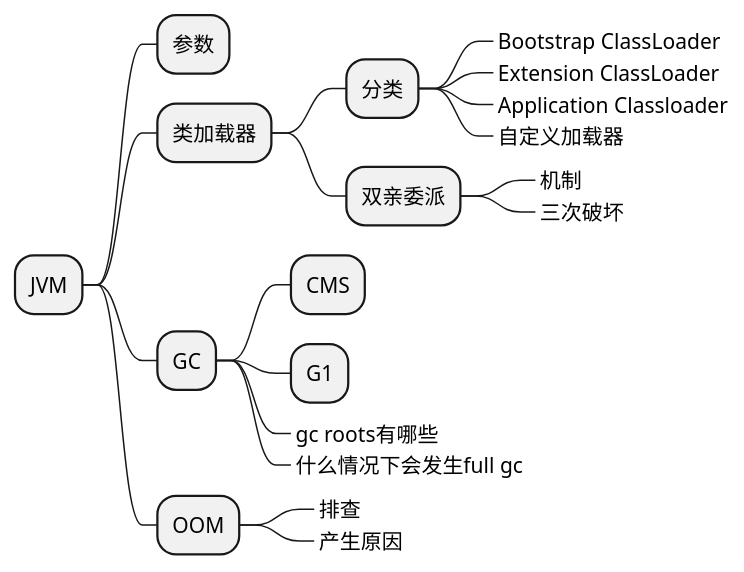
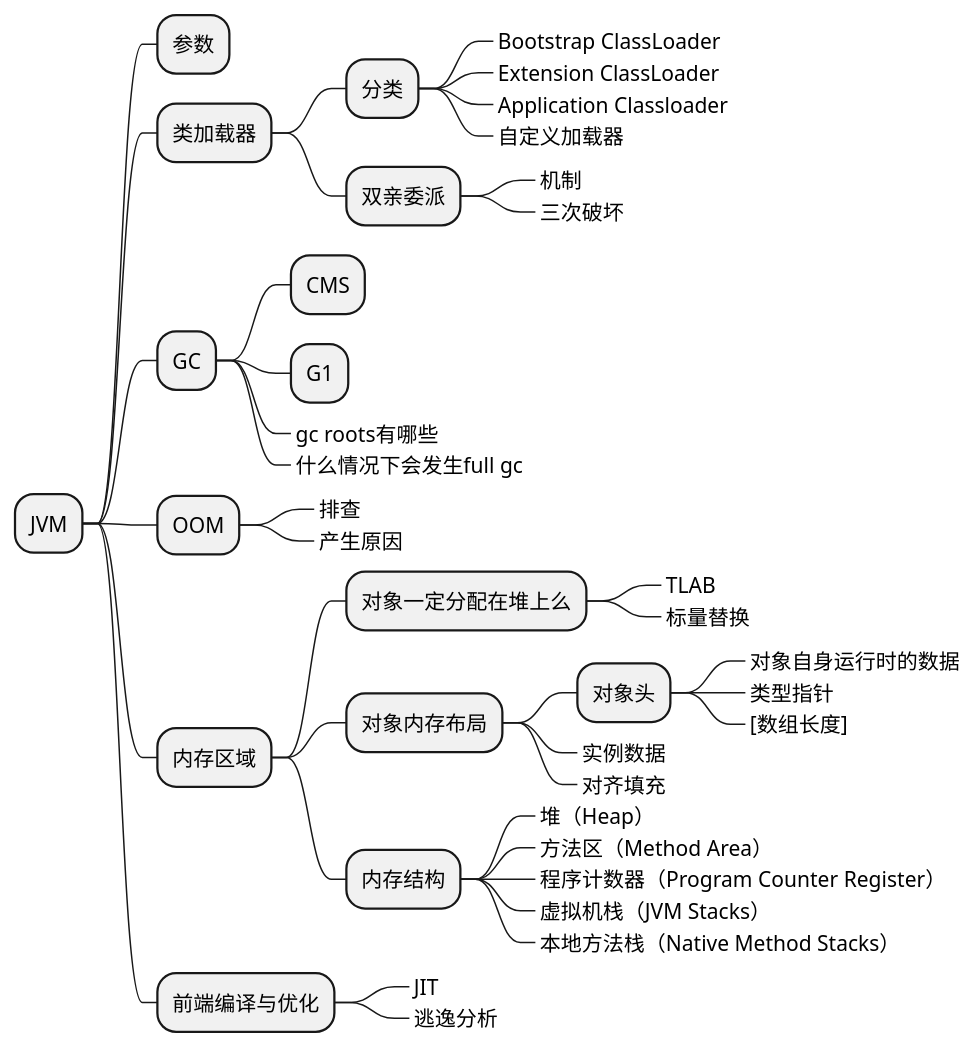
Before and after one commit to Gh0st99/Gh0st99.github.io: the second of 10 diagrams in _posts/2021-05-27-查漏补缺.md, drawn with PlantUML. The commit also changed other lines of this file, not shown here.

````diff
--- a/_posts/2021-05-27-查漏补缺.md
+++ b/_posts/2021-05-27-查漏补缺.md
@@ -77,27 +99,52 @@
 ```plantuml
 @startmindmap
 * JVM
 
 ** 参数
 
 ** 类加载器
 *** 分类
 ****_ Bootstrap ClassLoader
 ****_  Extension ClassLoader
 ****_ Application Classloader
 ****_ 自定义加载器
 *** 双亲委派
 ****_ 机制
 ****_ 三次破坏
 
 ** GC
 *** CMS
 *** G1
 ***_ gc roots有哪些
 ***_ 什么情况下会发生full gc
 
 ** OOM
 ***_ 排查
 ***_ 产生原因
+
+** 内存区域
+*** 对象一定分配在堆上么
+****_ TLAB
+****_ 标量替换
+
+*** 对象内存布局
+**** 对象头
+*****_ 对象自身运行时的数据
+*****_ 类型指针
+*****_ [数组长度]
+****_ 实例数据
+****_ 对齐填充
+
+*** 内存结构
+****_ 堆（Heap）
+****_ 方法区（Method Area）
+****_ 程序计数器（Program Counter Register）
+****_ 虚拟机栈（JVM Stacks）
+****_ 本地方法栈（Native Method Stacks）
+
+** 前端编译与优化
+***_ JIT
+***_ 逃逸分析
+
 @endmindmap
 ```
````
